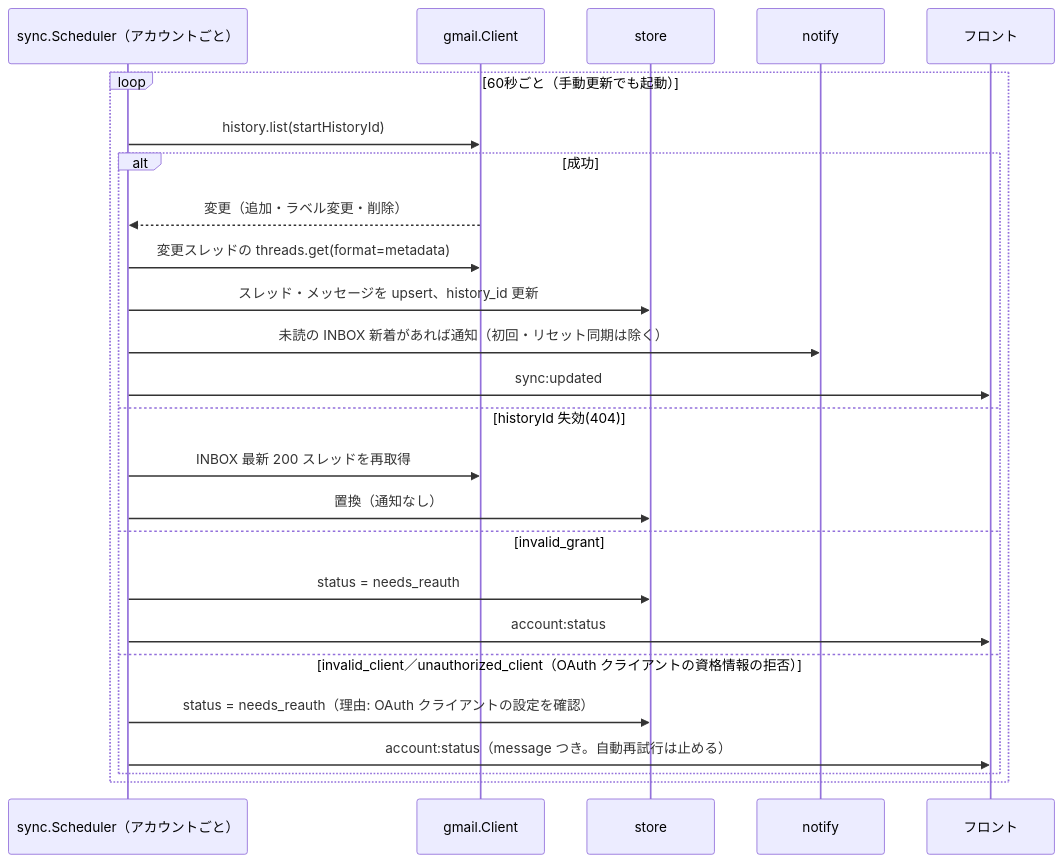
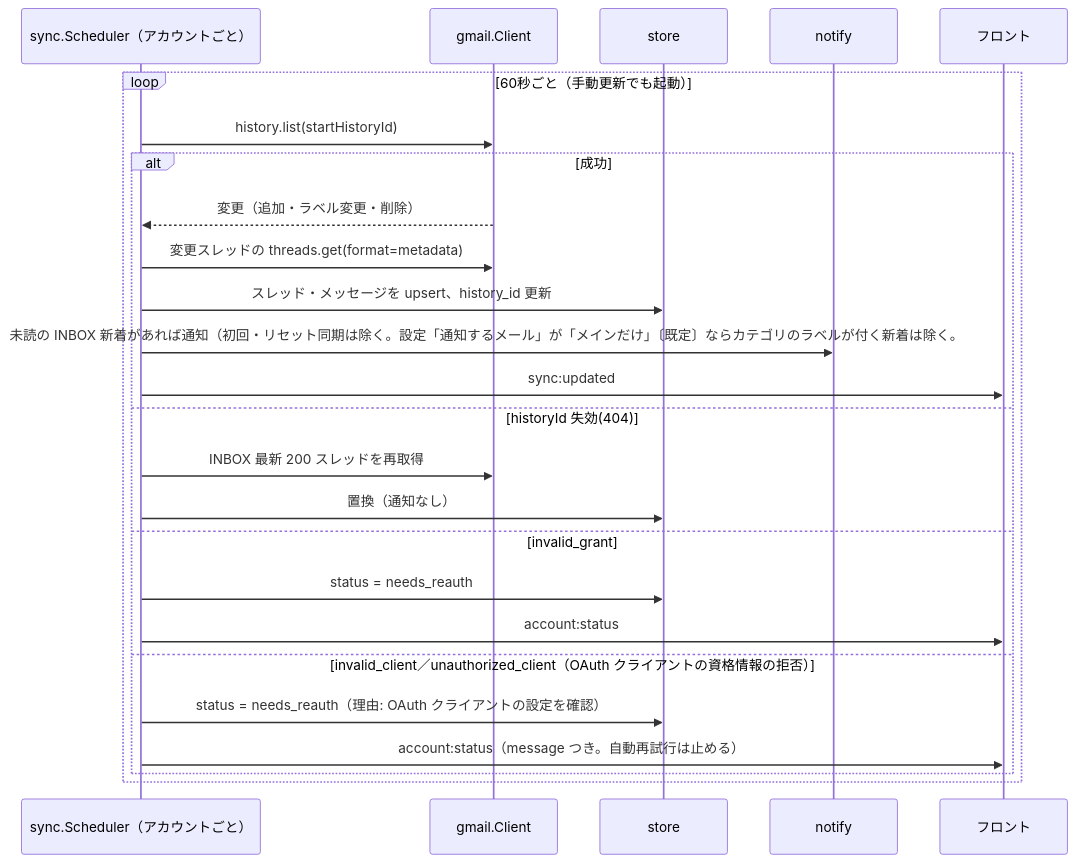
One commit to ousiassllc/hitomado changed the third of 10 diagrams in docs/architecture/overview.md. Above: the diagram before and after it, drawn with Mermaid. The commit also changed other lines of this file and 5 other files, not shown here.

````diff
--- a/docs/architecture/overview.md
+++ b/docs/architecture/overview.md
@@ -200,28 +200,28 @@
 ```mermaid
 sequenceDiagram
   participant SC as sync.Scheduler（アカウントごと）
   participant GM as gmail.Client
   participant DB as store
   participant NT as notify
   participant FE as フロント
 
   loop 60秒ごと（手動更新でも起動）
     SC->>GM: history.list(startHistoryId)
     alt 成功
       GM-->>SC: 変更（追加・ラベル変更・削除）
       SC->>GM: 変更スレッドの threads.get(format=metadata)
       SC->>DB: スレッド・メッセージを upsert、history_id 更新
-      SC->>NT: 未読の INBOX 新着があれば通知（初回・リセット同期は除く）
+      SC->>NT: 未読の INBOX 新着があれば通知（初回・リセット同期は除く。設定「通知するメール」が「メインだけ」〔既定〕ならカテゴリのラベルが付く新着は除く。#395）
       SC->>FE: sync:updated
     else historyId 失効(404)
       SC->>GM: INBOX 最新 200 スレッドを再取得
       SC->>DB: 置換（通知なし）
     else invalid_grant
       SC->>DB: status = needs_reauth
       SC->>FE: account:status
     else invalid_client／unauthorized_client（OAuth クライアントの資格情報の拒否）
       SC->>DB: status = needs_reauth（理由: OAuth クライアントの設定を確認）
       SC->>FE: account:status（message つき。自動再試行は止める）
     end
   end
 ```
````
